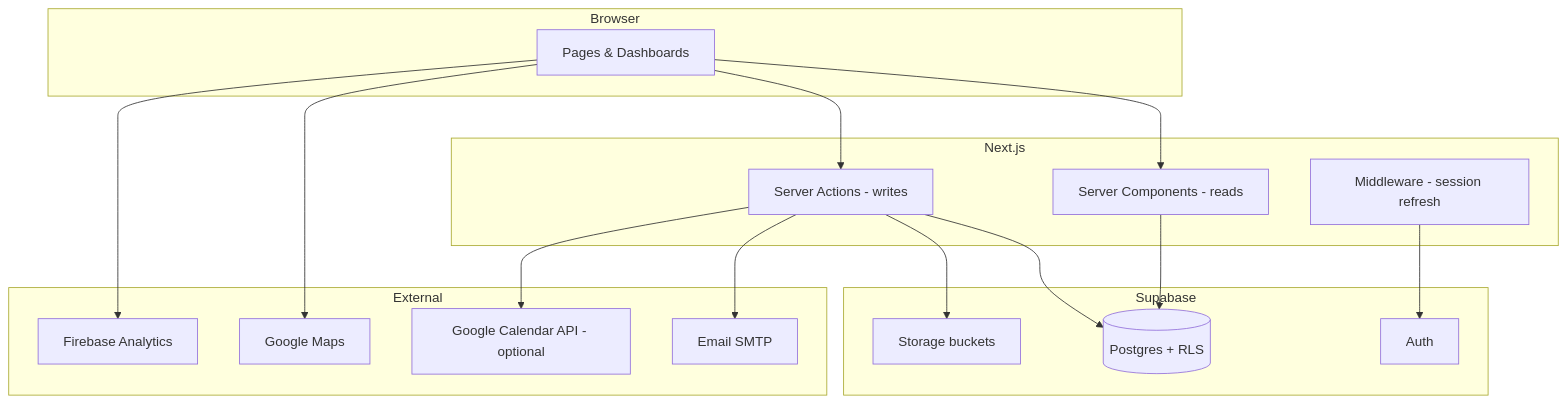
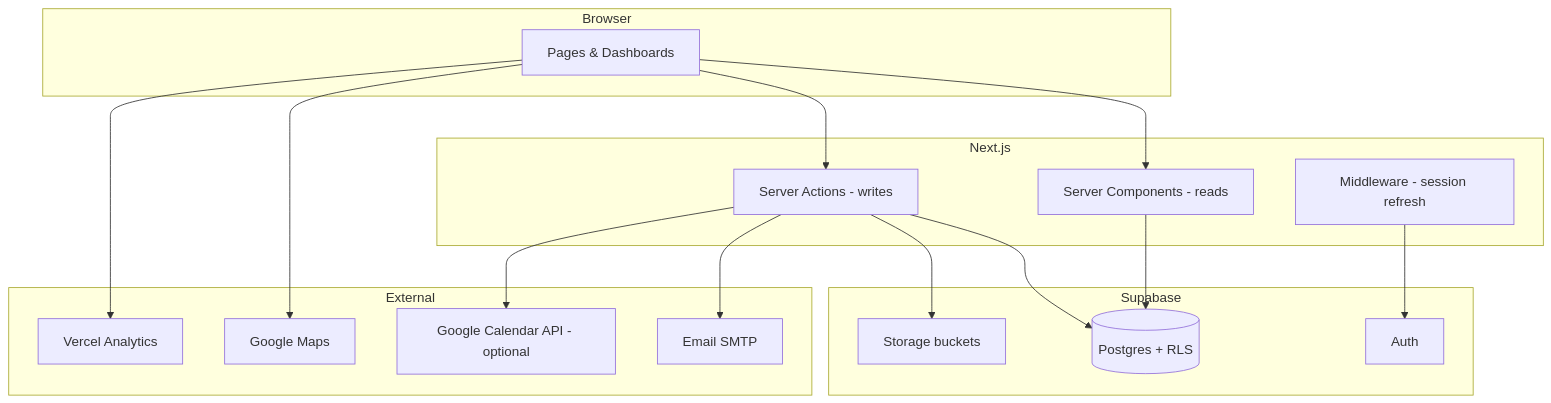
The second of 6 diagrams in README.md (Harshgupta2902/healthcare), drawn with Mermaid before and after one commit. The commit also changed other lines of this file and 13 other files, not shown here.

Commit message:
chore: remove Firebase Analytics and Crashlytics

````diff
--- a/README.md
+++ b/README.md
@@ -89,32 +89,32 @@
 ```mermaid
 flowchart TB
   subgraph Browser
     UI[Pages & Dashboards]
   end
   subgraph Next.js
     RSC[Server Components - reads]
     SA[Server Actions - writes]
     MW[Middleware - session refresh]
   end
   subgraph Supabase
     AUTH[Auth]
     DB[(Postgres + RLS)]
     STOR[Storage buckets]
   end
   subgraph External
     SMTP[Email SMTP]
     GCAL[Google Calendar API - optional]
     MAPS[Google Maps]
-    FB[Firebase Analytics]
+    VA[Vercel Analytics]
   end
   UI --> RSC
   UI --> SA
   MW --> AUTH
   RSC --> DB
   SA --> DB
   SA --> STOR
   SA --> SMTP
   SA --> GCAL
   UI --> MAPS
-  UI --> FB
+  UI --> VA
 ```
````
